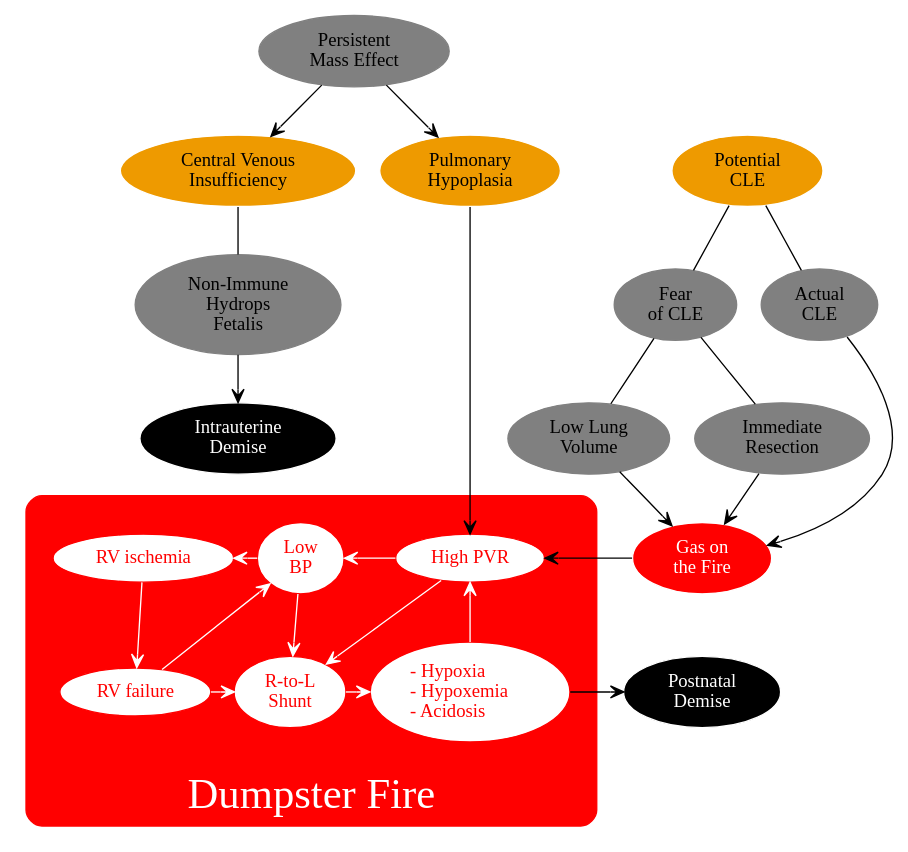
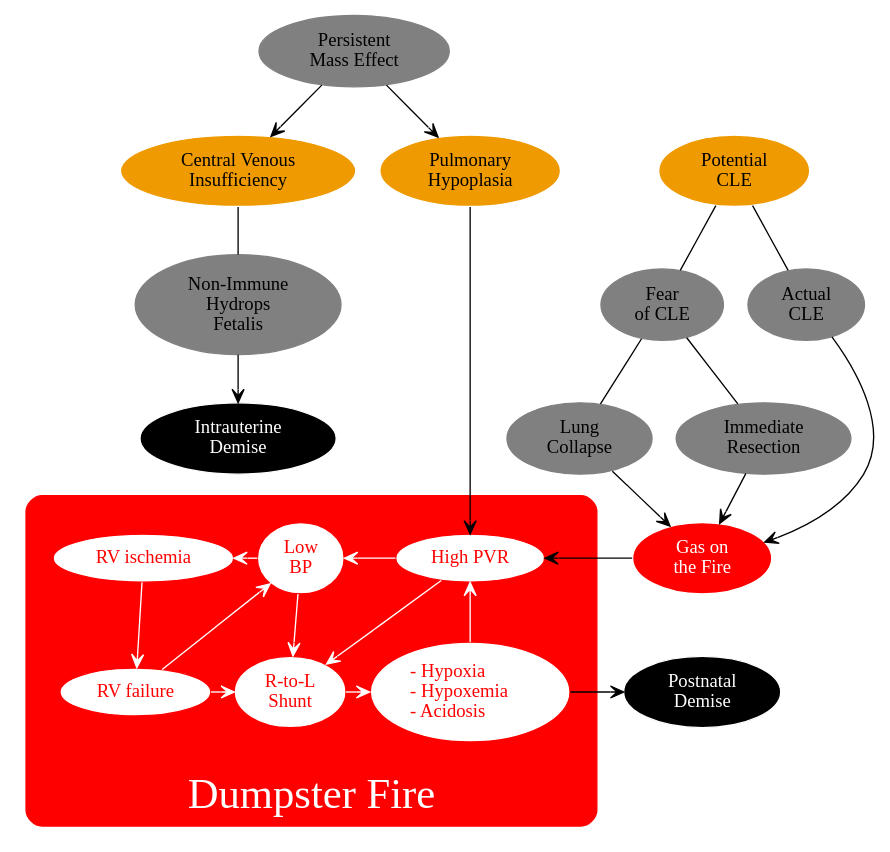
One commit to mdtsandman/CLO changed the diagram in CLO3.dot. Above: the diagram before and after it, drawn with Graphviz. The commit also changed 2 other files, not shown here.

```diff
--- a/CLO3.dot
+++ b/CLO3.dot
@@ -1,92 +1,92 @@
 digraph Risks {
 
 rankdir=TB;
 newrank=true;
 compound=true;
 
 node [color=grey style=filled fillcolor=grey];
 edge [arrowhead=vee];
 
 PME [label="Persistent\nMass Effect"];
 PHP [label="Pulmonary\nHypoplasia" fillcolor=orange2 color=white];
 CVP [label="Central Venous\nInsufficiency" fillcolor=orange2 color=white];
 MaybeCLE [label="Potential\nCLE" fillcolor=orange2 color=white];
 NIHF [label="Non-Immune\nHydrops\nFetalis"];
 OR [label="Immediate\nResection"];
 Fear [label="Fear\nof CLE"];
-FRC [label="Low Lung\nVolume"];
+FRC [label="Lung\nCollapse"];
 CLE [label="Actual\nCLE"];
 IUD [label="Intrauterine\nDemise" style=filled fillcolor=black color=white fontcolor=white];
 Death [label="Postnatal\nDemise" style=filled fillcolor=black color=white fontcolor=white];
 Catalyst [label="Gas on\nthe Fire" fontcolor=white style=filled fillcolor=red color=white];
 
 subgraph ClusterFuck {
 
 	style=rounded;
 	margin=20;
 	color=red;
 	bgcolor=red;
 	fontcolor=white;
 	fontsize=32;
 	label="Dumpster Fire";
 	labelloc=b;
 
 	node [fillcolor=white color=red fontcolor=red];
 	edge [color=white];
 
 	RVI [label="RV ischemia"];
 	RVF [label="RV failure"];
 	
 	subgraph ClusterTriad {
 
 		label="";
 		margin=0;
 		PHTN [label="High PVR"];
 		Shunt [label="R-to-L\nShunt"];
 		LowBP [label="Low\nBP"];
 		Badness [label="- Hypoxia\l- Hypoxemia\l- Acidosis\l"];
 	
 		PHTN -> LowBP -> Shunt -> Badness;
 
 	}
 	
 	PHTN -> Shunt;
 	Badness -> PHTN[weight=200];
 	RVF -> LowBP;
 	RVF -> Shunt;
 	LowBP -> RVI;
 	RVI -> RVF;
 
 	{rank=same PHTN LowBP RVI};
 	{rank=same RVF Shunt};
 
 }
 
 {rank=same CVP PHP MaybeCLE};
 {rank=same NIHF Fear CLE};
 {rank=same IUD FRC OR};
 {rank=same PHTN Catalyst};
 {rank=same Badness Shunt Death};
 
 PME -> {CVP PHP};
 CVP -> NIHF [arrowhead=none weight=100];
 NIHF -> IUD [weight=100];
 MaybeCLE -> {Fear CLE}[arrowhead=none];
 Fear -> FRC [arrowhead=none];
 Fear -> OR [arrowhead=none];
 PHP -> PHTN [weight=200]
 
 FRC -> Catalyst [weight=100];
 OR -> Catalyst [weight=100];
 CLE -> Catalyst;
 Catalyst -> PHTN;
 
 //CVP -> PHP -> MaybeCLE [style=invis];
 NIHF -> Fear -> CLE [style=invis];
 IUD -> FRC -> OR [style=invis];
 PHTN -> Catalyst [style=invis];
 
 Catalyst -> Death [style=invis weight=100];
 Badness -> Death;
 
 }
```
